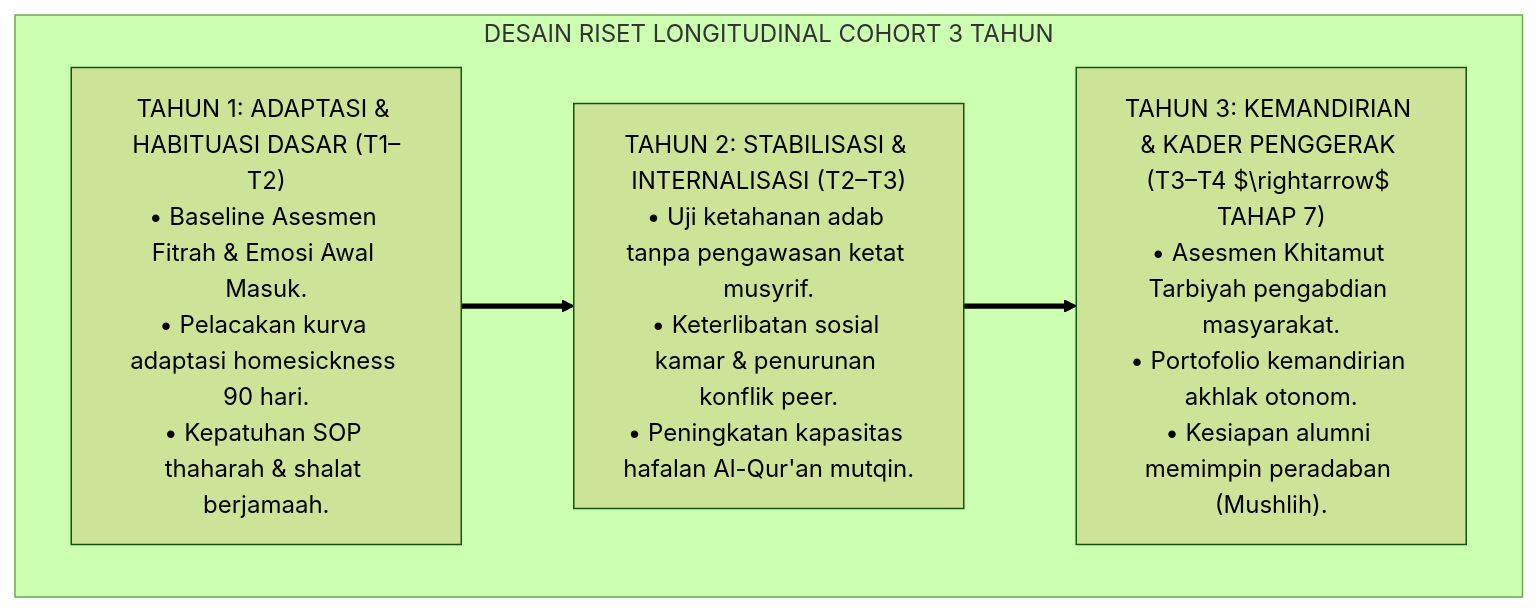
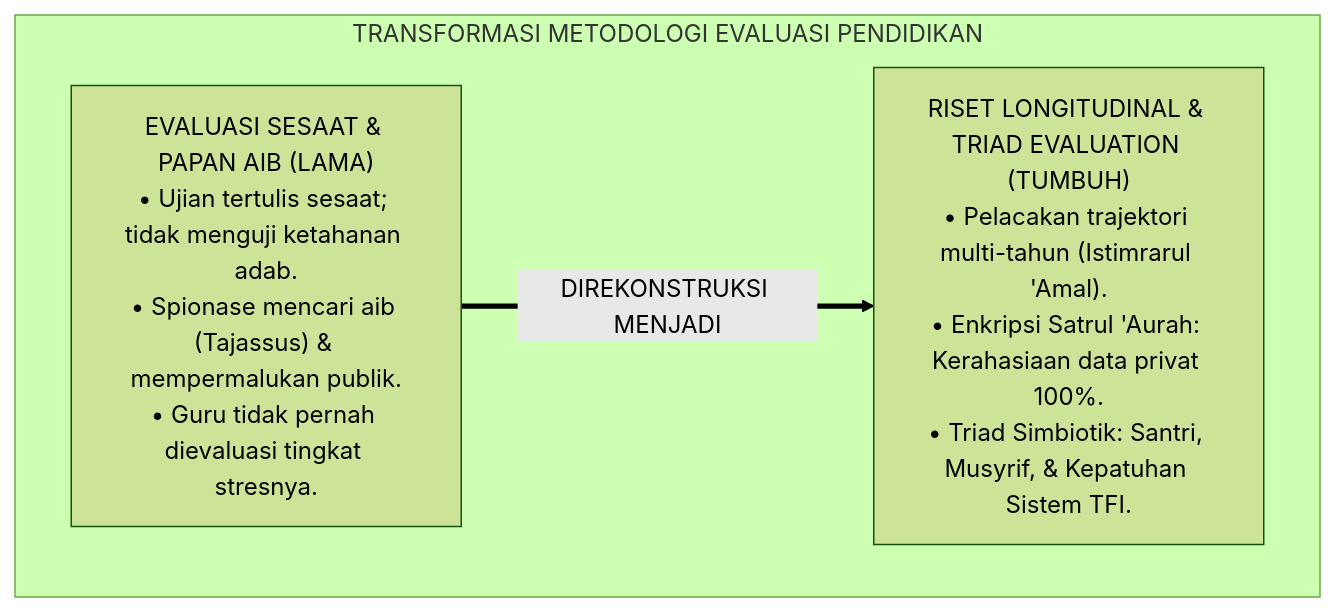
The first of 4 diagrams in 01 Philosophy/06 Change/P1-06-06-Evaluasi-Dampak-Longitudinal-Transformasi-Pesantren.md (wandiapriliyandi/tumbuh), drawn with Mermaid (forest theme) before and after one commit. The commit also changed other lines of this file and 7 other files, not shown here.

````diff
--- a/01 Philosophy/06 Change/P1-06-06-Evaluasi-Dampak-Longitudinal-Transformasi-Pesantren.md
+++ b/01 Philosophy/06 Change/P1-06-06-Evaluasi-Dampak-Longitudinal-Transformasi-Pesantren.md
@@ -57,12 +56,10 @@
 ```mermaid
 flowchart TD
-    subgraph MetodologiEvaluasiLongitudinalTUMBUH["DESAIN RISET LONGITUDINAL COHORT 3 TAHUN"]
-        T1["TAHUN 1: ADAPTASI & HABITUASI DASAR (T1–T2)<br/>• Baseline Asesmen Fitrah & Emosi Awal Masuk.<br/>• Pelacakan kurva adaptasi homesickness 90 hari.<br/>• Kepatuhan SOP thaharah & shalat berjamaah."]
+    subgraph TransformasiEvaluasiLongitudinal["TRANSFORMASI METODOLOGI EVALUASI PENDIDIKAN"]
+        PolaSnapshotLama["EVALUASI SESAAT & PAPAN AIB (LAMA)<br/>• Ujian tertulis sesaat; tidak menguji ketahanan adab.<br/>• Spionase mencari aib (Tajassus) & mempermalukan publik.<br/>• Guru tidak pernah dievaluasi tingkat stresnya."]
         
-        T2["TAHUN 2: STABILISASI & INTERNALISASI (T2–T3)<br/>• Uji ketahanan adab tanpa pengawasan ketat musyrif.<br/>• Keterlibatan sosial kamar & penurunan konflik peer.<br/>• Peningkatan kapasitas hafalan Al-Qur'an mutqin."]
+        PolaLongitudinalTUMBUH["RISET LONGITUDINAL & TRIAD EVALUATION (TUMBUH)<br/>• Pelacakan trajektori multi-tahun (Istimrarul 'Amal).<br/>• Enkripsi Satrul 'Aurah: Kerahasiaan data privat 100%.<br/>• Triad Simbiotik: Santri, Musyrif, & Kepatuhan Sistem TFI."]
         
-        T3["TAHUN 3: KEMANDIRIAN & KADER PENGGERAK (T3–T4 $\rightarrow$ TAHAP 7)<br/>• Asesmen Khitamut Tarbiyah pengabdian masyarakat.<br/>• Portofolio kemandirian akhlak otonom.<br/>• Kesiapan alumni memimpin peradaban (Mushlih)."]
-        
-        T1 ==> T2 ==> T3
+        PolaSnapshotLama ==>|DIREKONSTRUKSI MENJADI| PolaLongitudinalTUMBUH
     end
 ```
````
